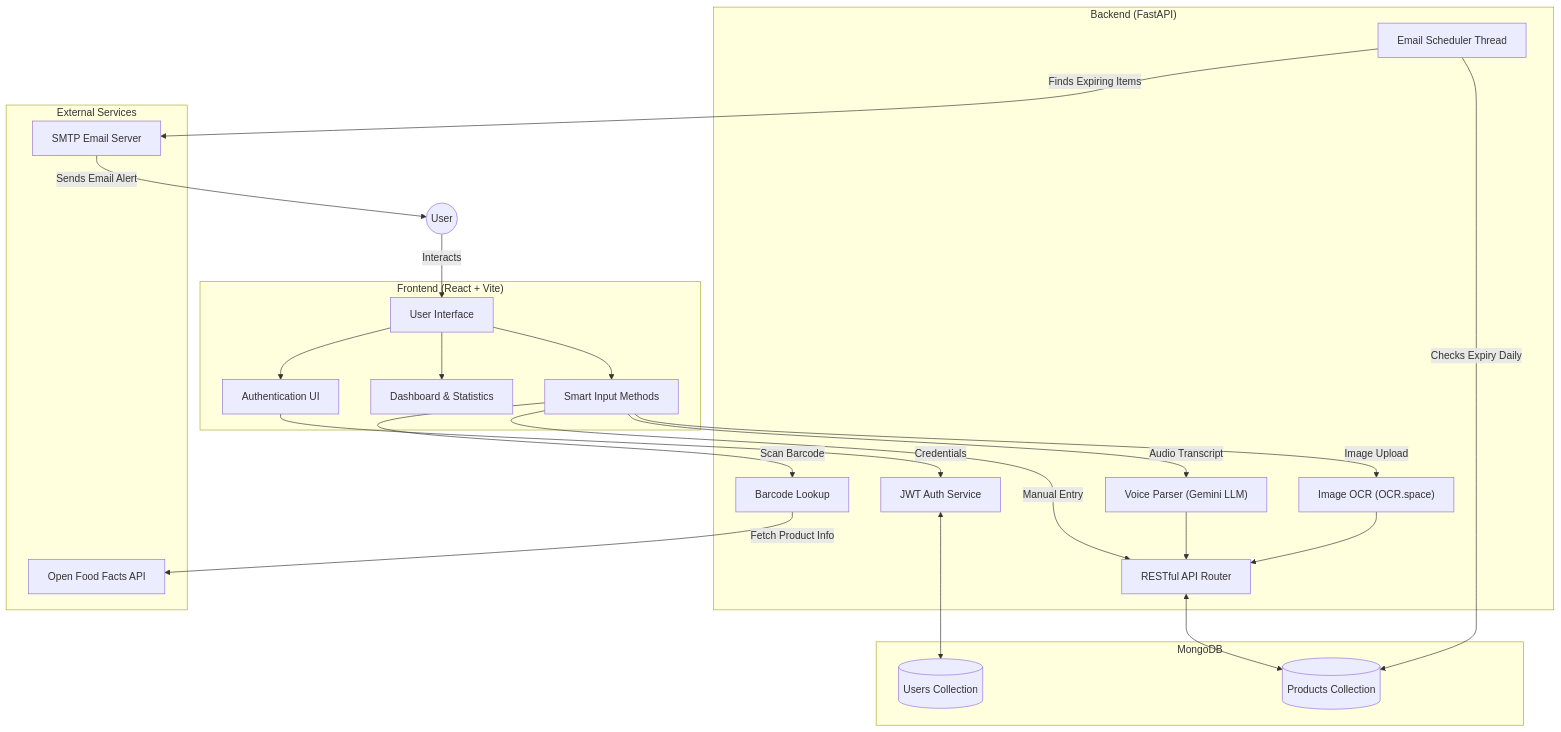
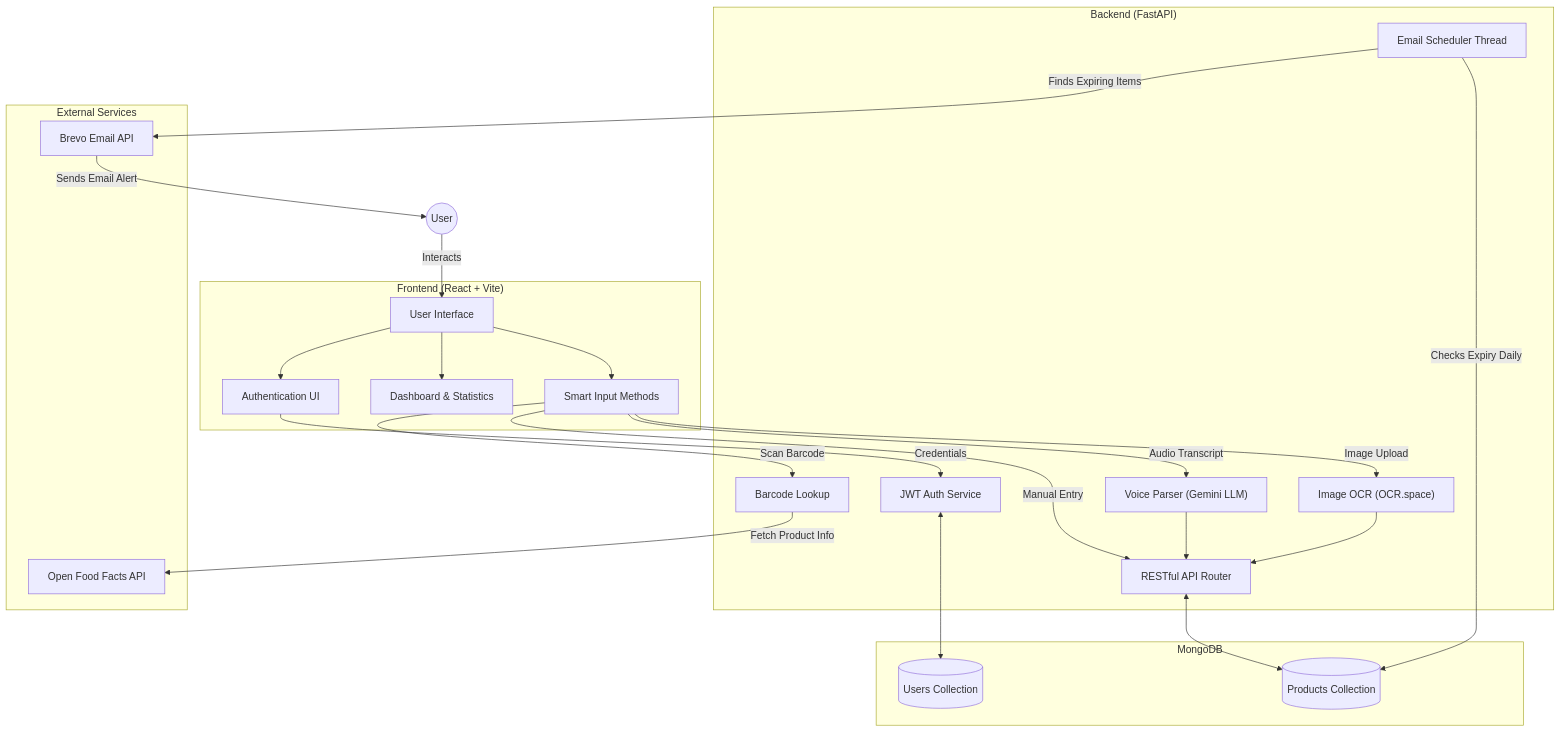
One commit to Lokesh11868/ExpiryGuard changed the diagram in README.md. Above: the diagram before and after it, drawn with Mermaid. The commit also changed other lines of this file and 3 other files, not shown here.

Commit message:
Updated Email API Service

````diff
--- a/README.md
+++ b/README.md
@@ -13,49 +13,49 @@
 ```mermaid
 graph TD
     subgraph Frontend ["Frontend (React + Vite)"]
         UI[User Interface]
         AuthUI[Authentication UI]
         Dash[Dashboard & Statistics]
         Input[Smart Input Methods]
     end
 
     subgraph Backend ["Backend (FastAPI)"]
         API[RESTful API Router]
         AuthService[JWT Auth Service]
         VoiceProcessor["Voice Parser (Gemini LLM)"]
         OCRProcessor["Image OCR (OCR.space)"]
         BarcodeAPI["Barcode Lookup"]
         Scheduler[Email Scheduler Thread]
     end
 
     subgraph Database ["MongoDB"]
         Users[(Users Collection)]
         Products[(Products Collection)]
     end
 
     subgraph External ["External Services"]
-        SMTP[SMTP Email Server]
+        Brevo[Brevo Email API]
         OFF["Open Food Facts API"]
     end
 
     User((User)) -->|Interacts| UI
     UI --> AuthUI
     UI --> Dash
     UI --> Input
 
     AuthUI -->|Credentials| AuthService
     Input -->|Image Upload| OCRProcessor
     Input -->|Audio Transcript| VoiceProcessor
     Input -->|Scan Barcode| BarcodeAPI
     Input -->|Manual Entry| API
 
     BarcodeAPI -->|Fetch Product Info| OFF
     AuthService <--> Users
     API <--> Products
     VoiceProcessor --> API
     OCRProcessor --> API
 
     Scheduler -->|Checks Expiry Daily| Products
-    Scheduler -->|Finds Expiring Items| SMTP
-    SMTP -->|Sends Email Alert| User
+    Scheduler -->|Finds Expiring Items| Brevo
+    Brevo -->|Sends Email Alert| User
 ```
````
